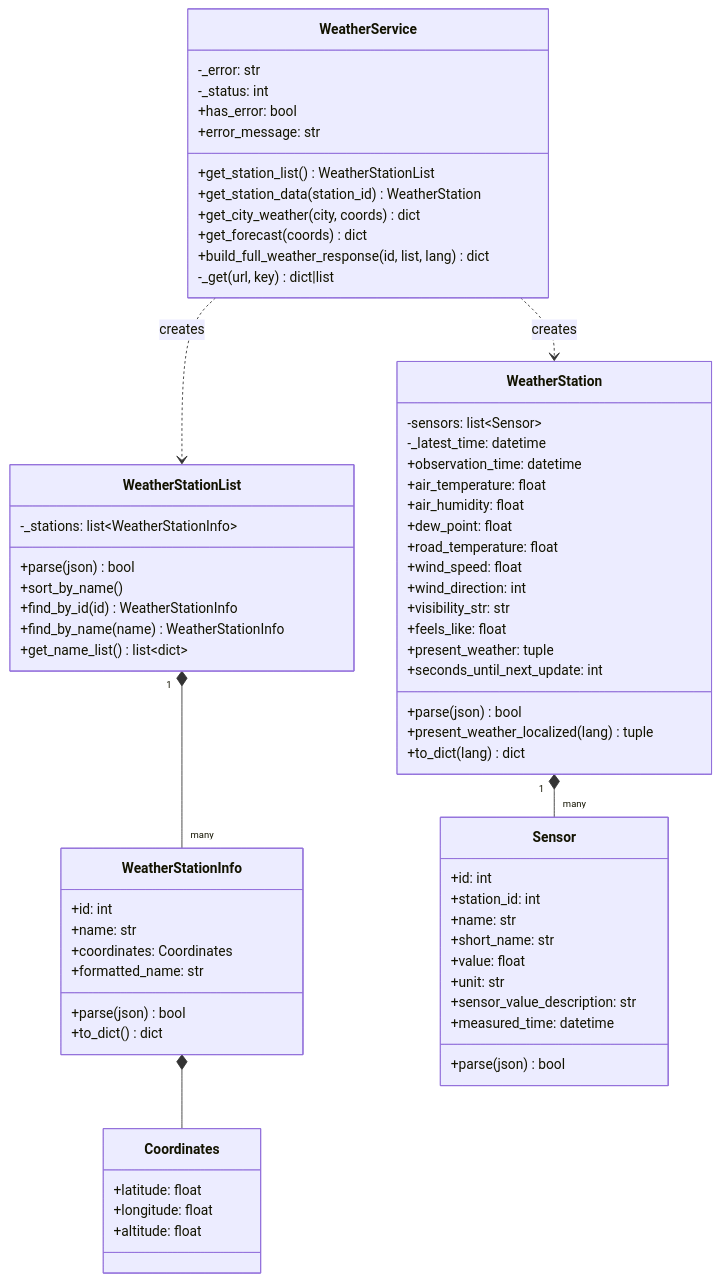
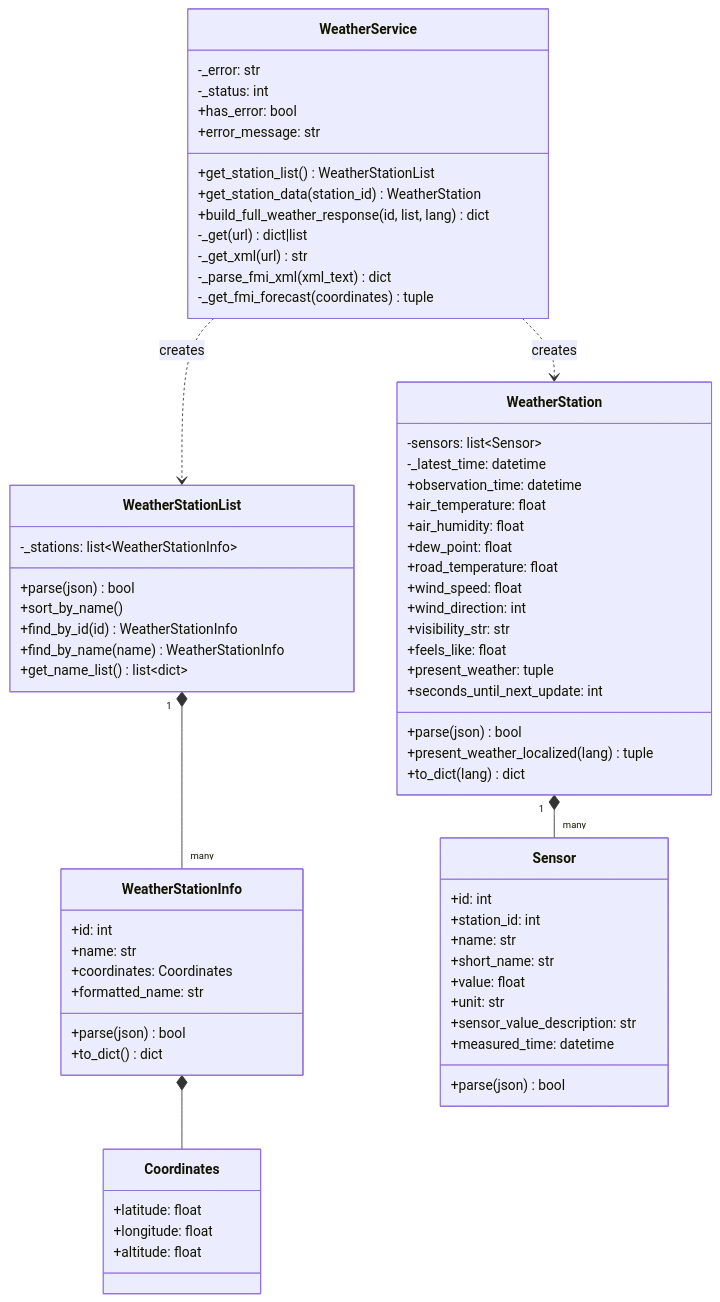
One commit to jjankkil/weatherview-django changed the second of 9 diagrams in docs/ARCHITECTURE.md. Above: the diagram before and after it, drawn with Mermaid. The commit also changed other lines of this file and 12 other files, not shown here.

Commit message:
Change forecast service provider to FMI

````diff
--- a/docs/ARCHITECTURE.md
+++ b/docs/ARCHITECTURE.md
@@ -89,76 +89,77 @@
 ```mermaid
 classDiagram
     class WeatherService {
         -_error: str
         -_status: int
         +has_error: bool
         +error_message: str
         +get_station_list() WeatherStationList
         +get_station_data(station_id) WeatherStation
-        +get_city_weather(city, coords) dict
-        +get_forecast(coords) dict
         +build_full_weather_response(id, list, lang) dict
-        -_get(url, key) dict|list
+        -_get(url) dict|list
+        -_get_xml(url) str
+        -_parse_fmi_xml(xml_text) dict
+        -_get_fmi_forecast(coordinates) tuple
     }
 
     class WeatherStationList {
         -_stations: list~WeatherStationInfo~
         +parse(json) bool
         +sort_by_name()
         +find_by_id(id) WeatherStationInfo
         +find_by_name(name) WeatherStationInfo
         +get_name_list() list~dict~
     }
 
     class WeatherStationInfo {
         +id: int
         +name: str
         +coordinates: Coordinates
         +formatted_name: str
         +parse(json) bool
         +to_dict() dict
     }
 
     class Coordinates {
         +latitude: float
         +longitude: float
         +altitude: float
     }
 
     class WeatherStation {
         -sensors: list~Sensor~
         -_latest_time: datetime
         +parse(json) bool
         +observation_time: datetime
         +air_temperature: float
         +air_humidity: float
         +dew_point: float
         +road_temperature: float
         +wind_speed: float
         +wind_direction: int
         +visibility_str: str
         +feels_like: float
         +present_weather: tuple
         +present_weather_localized(lang) tuple
         +seconds_until_next_update: int
         +to_dict(lang) dict
     }
 
     class Sensor {
         +id: int
         +station_id: int
         +name: str
         +short_name: str
         +value: float
         +unit: str
         +sensor_value_description: str
         +measured_time: datetime
         +parse(json) bool
     }
 
     WeatherService ..> WeatherStationList : creates
     WeatherService ..> WeatherStation : creates
     WeatherStationList "1" *-- "many" WeatherStationInfo
     WeatherStationInfo *-- Coordinates
     WeatherStation "1" *-- "many" Sensor
 ```
````
